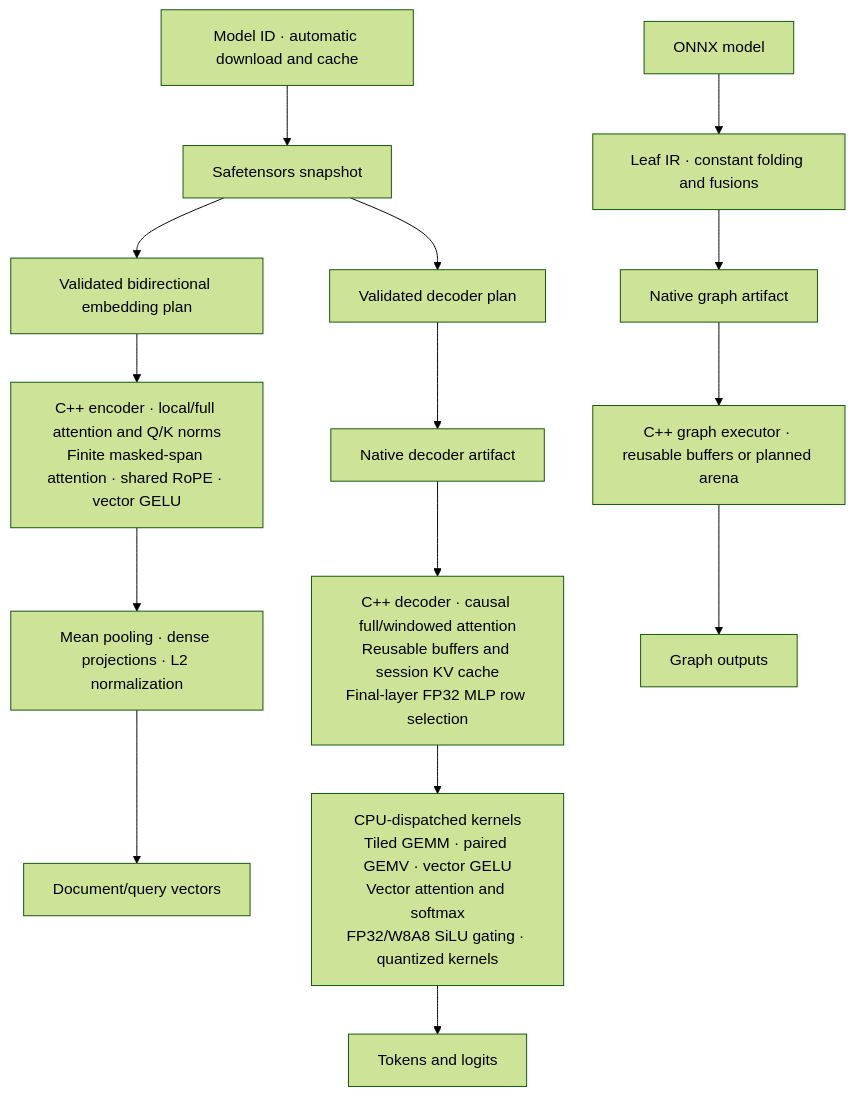
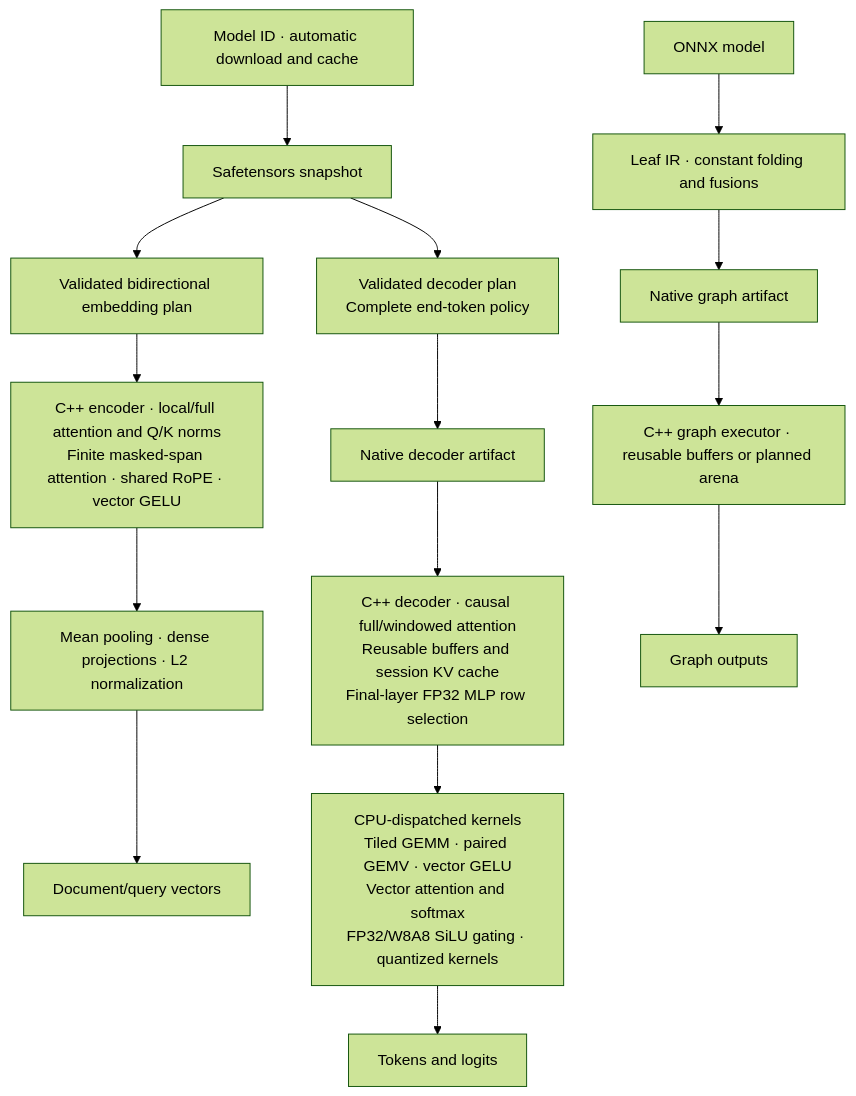
One commit to Nbit-51/Leaf changed the first of 2 diagrams in README.md. Above: the diagram before and after it, drawn with Mermaid (forest theme). The commit also changed other lines of this file and 35 other files, not shown here.

````diff
--- a/README.md
+++ b/README.md
@@ -136,17 +139,17 @@
 ```mermaid
 flowchart TB
     H["Model ID · automatic download and cache"] --> S["Safetensors snapshot"]
-    S --> P["Validated decoder plan"]
+    S --> P["Validated decoder plan<br/>Complete end-token policy"]
     S --> B["Validated bidirectional embedding plan"]
     B --> N["C++ encoder · local/full attention and Q/K norms<br/>Finite masked-span attention · shared RoPE · vector GELU"]
     N --> V["Mean pooling · dense projections · L2 normalization"]
     V --> F["Document/query vectors"]
     O["ONNX model"] --> G["Leaf IR · constant folding and fusions"]
     P --> D["Native decoder artifact"]
     G --> A["Native graph artifact"]
     D --> R["C++ decoder · causal full/windowed attention<br/>Reusable buffers and session KV cache<br/>Final-layer FP32 MLP row selection"]
     A --> E["C++ graph executor · reusable buffers or planned arena"]
     R --> K["CPU-dispatched kernels<br/>Tiled GEMM · paired GEMV · vector GELU<br/>Vector attention and softmax<br/>FP32/W8A8 SiLU gating · quantized kernels"]
     K --> T["Tokens and logits"]
     E --> U["Graph outputs"]
 ```
````
